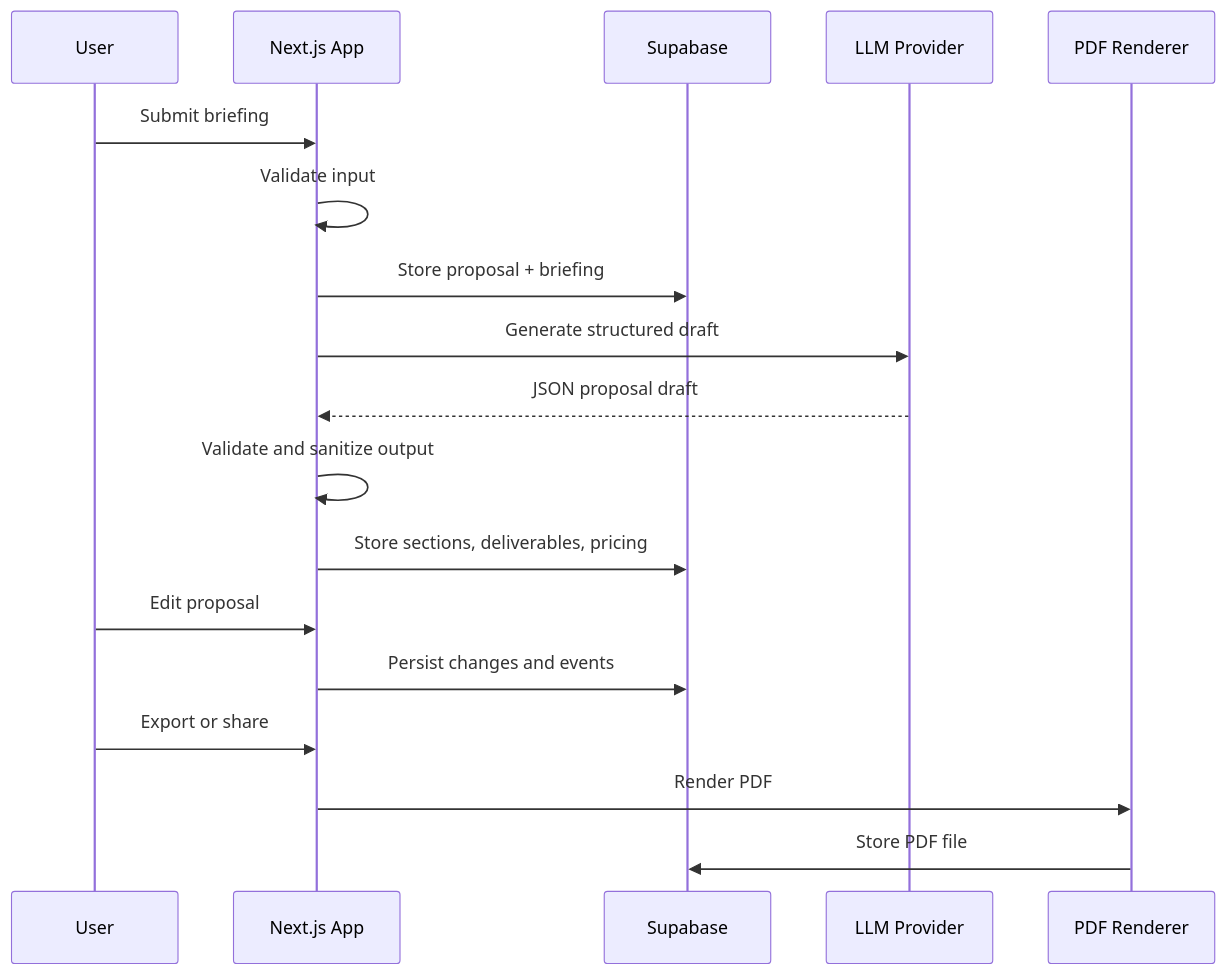
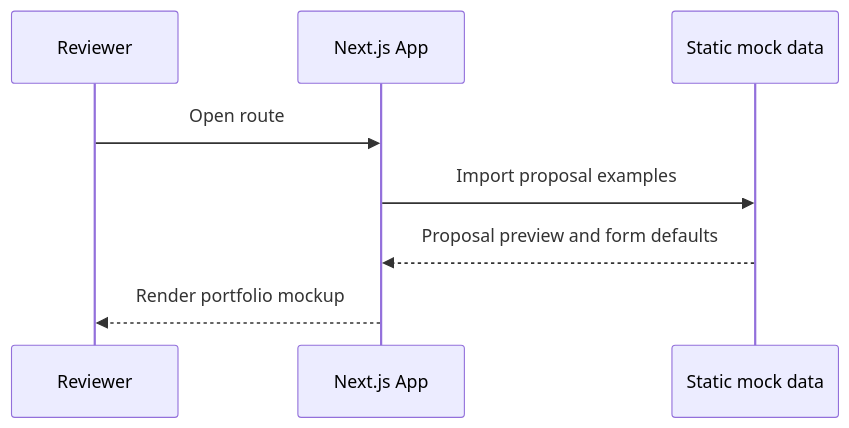
One commit to vetlucasmartins/ProposalForge changed the second of 2 diagrams in docs/ARCHITECTURE.md. Above: the diagram before and after it, drawn with Mermaid. The commit also changed other lines of this file and 21 other files, not shown here.

Commit message:
refactor: simplify portfolio mockup with sqlite

````diff
--- a/docs/ARCHITECTURE.md
+++ b/docs/ARCHITECTURE.md
@@ -33,21 +76,11 @@
 ```mermaid
 sequenceDiagram
-    participant User
+    participant Reviewer
     participant App as Next.js App
-    participant DB as Supabase
-    participant AI as LLM Provider
-    participant PDF as PDF Renderer
+    participant Mock as Static mock data
 
-    User->>App: Submit briefing
-    App->>App: Validate input
-    App->>DB: Store proposal + briefing
-    App->>AI: Generate structured draft
-    AI-->>App: JSON proposal draft
-    App->>App: Validate and sanitize output
-    App->>DB: Store sections, deliverables, pricing
-    User->>App: Edit proposal
-    App->>DB: Persist changes and events
-    User->>App: Export or share
-    App->>PDF: Render PDF
-    PDF->>DB: Store PDF file
+    Reviewer->>App: Open route
+    App->>Mock: Import proposal examples
+    Mock-->>App: Proposal preview and form defaults
+    App-->>Reviewer: Render portfolio mockup
 ```
````
